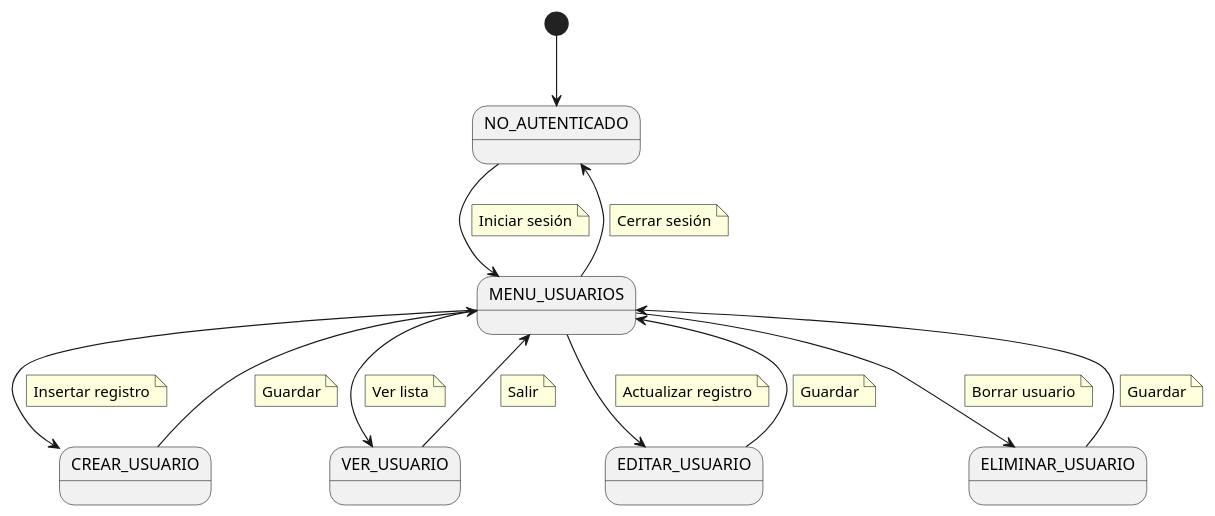
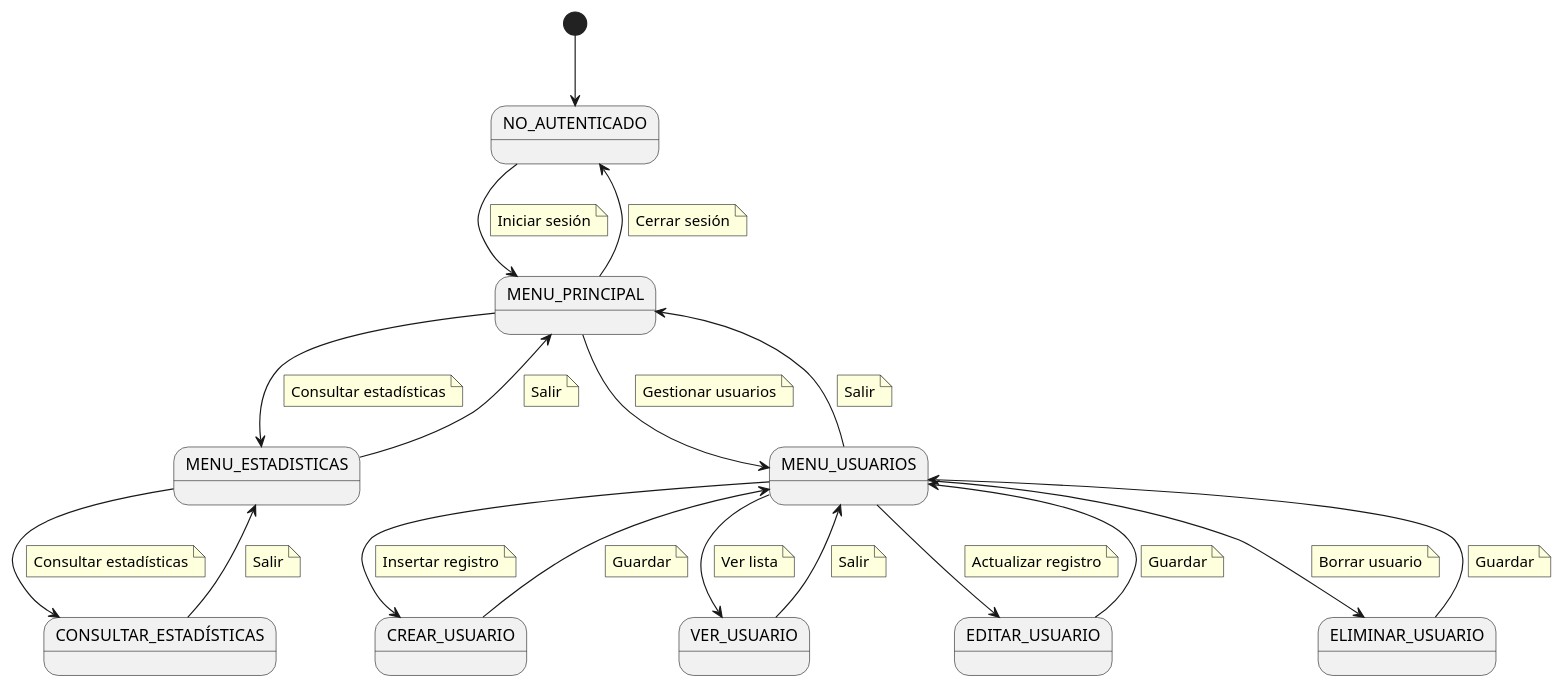
Before and after one commit to mmasias/24-25-IdSw1-SDR: the diagram in casos_de_uso/diagramas_de_contexto/diagrama_contexto_seleccionador.puml, drawn with PlantUML.

Commit message:
Nuevos Cambios en diagrama de contexto

```diff
--- a/casos_de_uso/diagramas_de_contexto/diagrama_contexto_seleccionador.puml
+++ b/casos_de_uso/diagramas_de_contexto/diagrama_contexto_seleccionador.puml
@@ -1,63 +1,96 @@
 @startuml
 
 state "NO_AUTENTICADO" as NoAuth
-state "MENU_USUARIOS" as Menu
+state "MENU_PRINCIPAL" as Menu
+state "MENU_ESTADISTICAS" as Menu_estadisticas
+state "MENU_USUARIOS" as Menu_usuarios
 state "CREAR_USUARIO" as Crear_usuario
 state "VER_USUARIO" as Ver_usuario
 state "EDITAR_USUARIO" as Editar_usuario
 state "ELIMINAR_USUARIO" as Eliminar_usuario
+state "CONSULTAR_ESTADÍSTICAS" as Consultar_estadísticas
 
 [*] --> NoAuth
 
 NoAuth --> Menu
     note on link
         Iniciar sesión
     end note
 
 Menu --> NoAuth
     note on link
         Cerrar sesión
     end note
 
-Menu --> Crear_usuario
+Menu --> Menu_usuarios
+    note on link
+        Gestionar usuarios
+    end note
+
+Menu_usuarios --> Menu
+    note on link
+        Salir
+    end note
+
+Menu_usuarios --> Crear_usuario
     note on link
         Insertar registro
     end note
 
-Crear_usuario --> Menu
+Crear_usuario --> Menu_usuarios
     note on link
         Guardar
     end note
 
-Menu --> Editar_usuario
+Menu_usuarios --> Editar_usuario
     note on link
         Actualizar registro
     end note
 
-Editar_usuario --> Menu
+Editar_usuario --> Menu_usuarios
     note on link
         Guardar
     end note
 
-Menu --> Ver_usuario
+Menu_usuarios --> Ver_usuario
     note on link
         Ver lista
     end note
 
-Ver_usuario --> Menu
+Ver_usuario --> Menu_usuarios
     note on link
         Salir
     end note
 
-Menu --> Eliminar_usuario
+Menu_usuarios --> Eliminar_usuario
     note on link
         Borrar usuario
     end note
 
-Eliminar_usuario --> Menu
+Eliminar_usuario --> Menu_usuarios
     note on link
         Guardar
     end note
 
+Menu --> Menu_estadisticas
+    note on link
+        Consultar estadísticas
+    end note
+
+Menu_estadisticas --> Menu
+    note on link
+        Salir
+    end note
+
+Menu_estadisticas --> Consultar_estadísticas
+    note on link
+        Consultar estadísticas
+    end note
+
+Consultar_estadísticas --> Menu_estadisticas
+    note on link
+        Salir
+    end note
+
 
 @enduml
```
